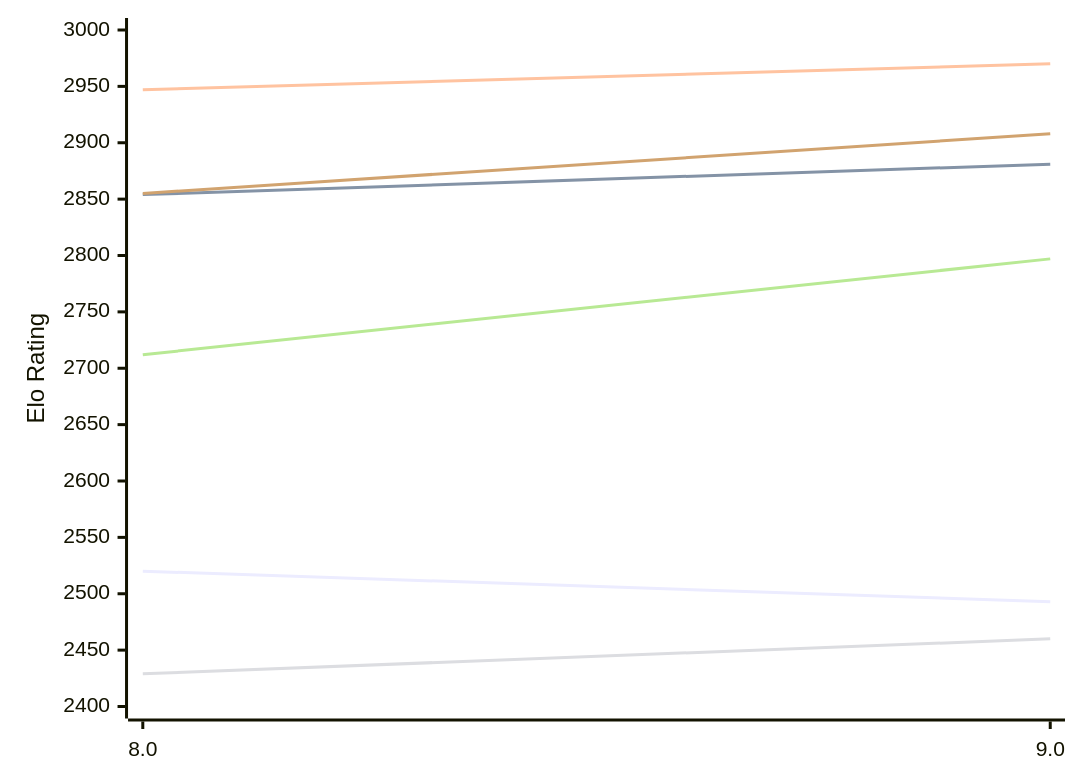
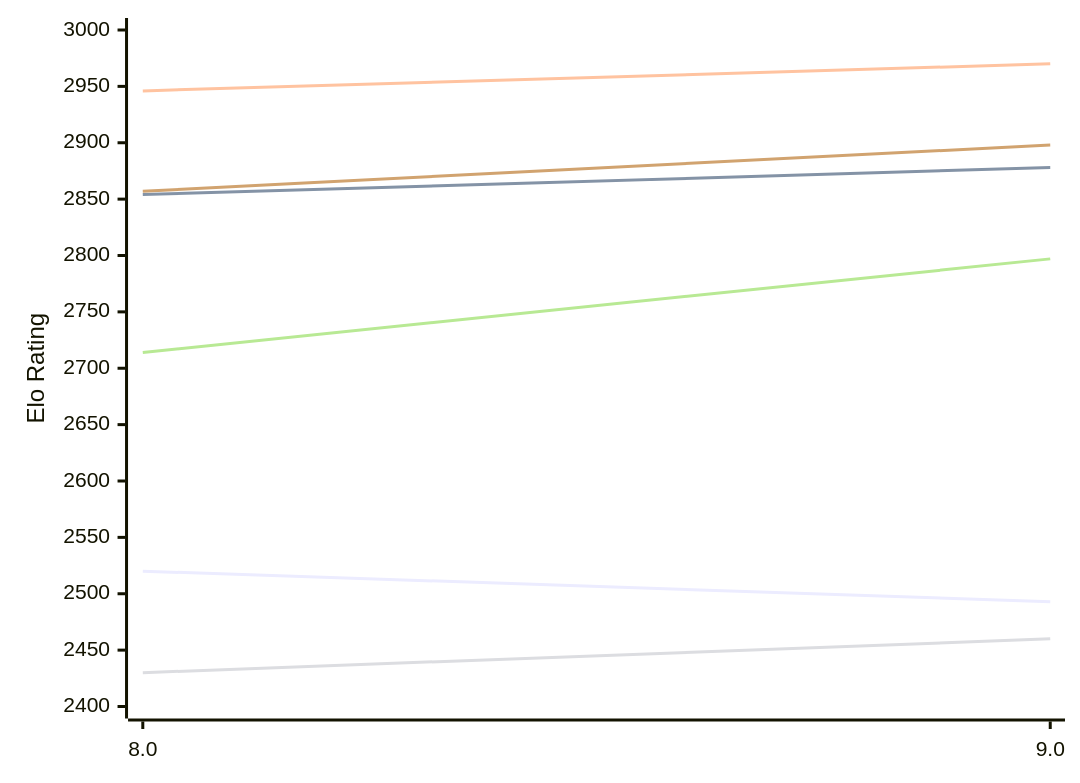
One commit to computer-chess-index/cci changed the first of 2 diagrams in engines/4kc.md. Above: the diagram before and after it, drawn with Mermaid. The commit also changed other lines of this file, not shown here.

Commit message:
Update CCI Ratings (ELO VLTC) - 2026-11-19

````diff
--- a/engines/4kc.md
+++ b/engines/4kc.md
@@ -51,12 +51,12 @@
 ```mermaid
 %%{init: {"theme":"base","themeVariables":{"seriesColors:['#a3a3a3','#222221','#faa371']}}}%%
 xychart-beta
   x-axis ["8.0", "9.0"]
   y-axis "Elo Rating" 2400 --> 3000
   line "E1: STC (8.0+0.08s)" [2520, 2493]
-  line "E1: LTC (60.0+0.60s)" [2854, 2881]
-  line "E1: VLTC (2m24s+1.12s)" [2947, 2970]
-  line "P1: STC (8.0+0.08s)" [2429, 2460]
-  line "P1: LTC (60.0+0.60s)" [2712, 2797]
-  line "P1: VLTC (2m24s+1.12s)" [2855, 2908]
+  line "E1: LTC (60.0+0.60s)" [2854, 2878]
+  line "E1: VLTC (2m24s+1.12s)" [2946, 2970]
+  line "P1: STC (8.0+0.08s)" [2430, 2460]
+  line "P1: LTC (60.0+0.60s)" [2714, 2797]
+  line "P1: VLTC (2m24s+1.12s)" [2857, 2898]
 ```
````
